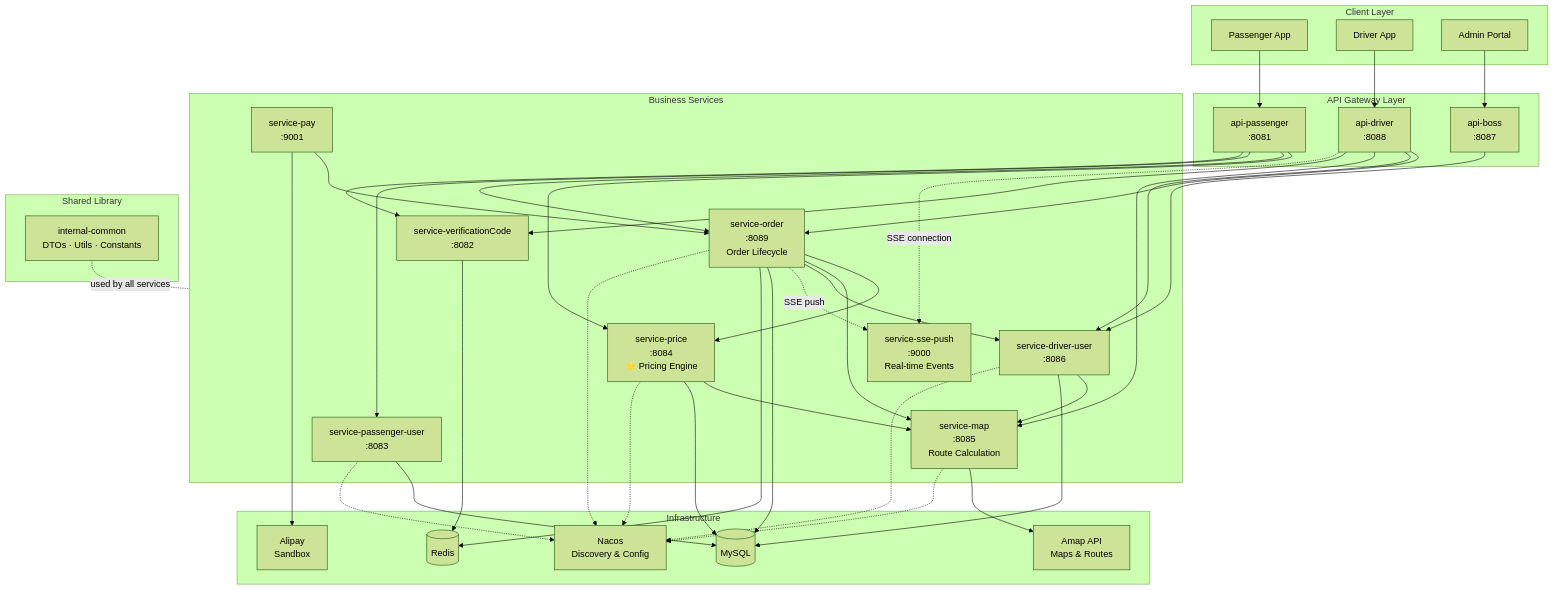
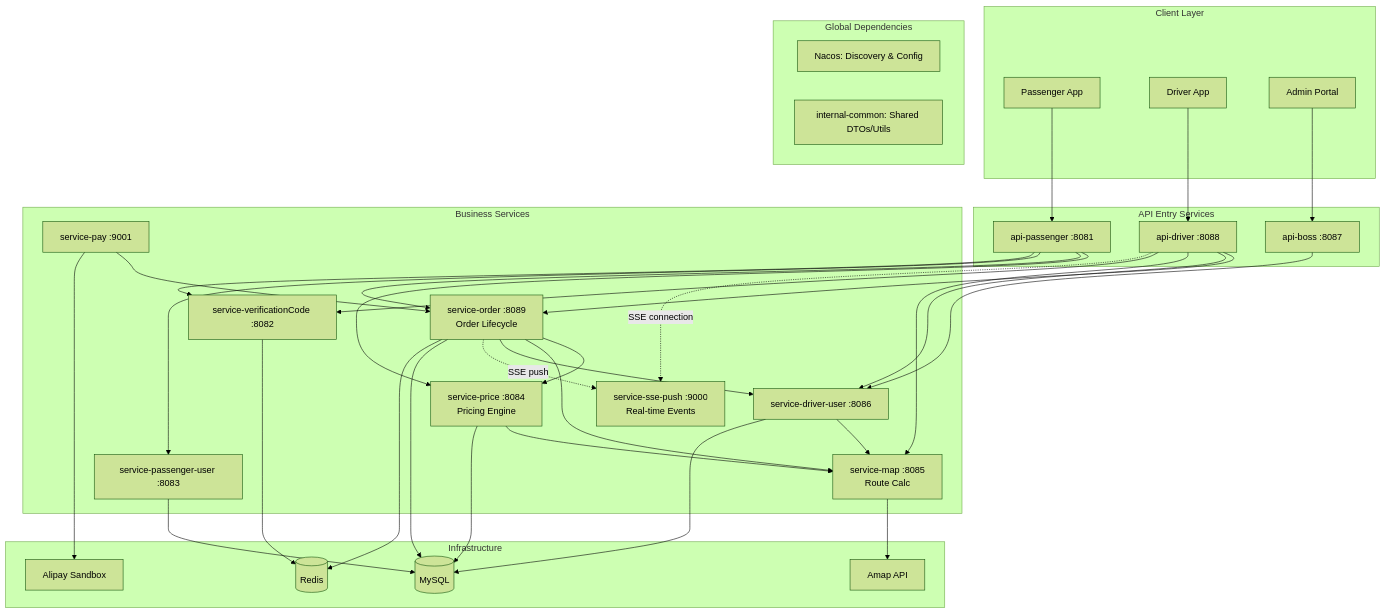
The diagram in README.md (Ninika369/Fly_Taxi), drawn with Mermaid (forest theme) before and after one commit.

Commit message:
docs: simplify architecture diagram for readability

````diff
--- a/README.md
+++ b/README.md
@@ -29,67 +29,76 @@
 ```mermaid
-graph TB
-    subgraph Client["Client Layer"]
+flowchart TB
+    subgraph Client Layer
         PA[Passenger App]
         DA[Driver App]
         AP[Admin Portal]
     end
-    subgraph Gateway["API Gateway Layer"]
-        API_P["api-passenger<br/>:8081"]
-        API_D["api-driver<br/>:8088"]
-        API_B["api-boss<br/>:8087"]
+
+    subgraph API Entry Services
+        API_P[api-passenger :8081]
+        API_D[api-driver :8088]
+        API_B[api-boss :8087]
     end
-    subgraph Services["Business Services"]
-        SP["service-price<br/>:8084<br/>⭐ Pricing Engine"]
-        SO["service-order<br/>:8089<br/>Order Lifecycle"]
-        SM["service-map<br/>:8085<br/>Route Calculation"]
-        SDU["service-driver-user<br/>:8086"]
-        SPU["service-passenger-user<br/>:8083"]
-        SVC["service-verificationCode<br/>:8082"]
-        SPAY["service-pay<br/>:9001"]
-        SSE["service-sse-push<br/>:9000<br/>Real-time Events"]
+
+    subgraph Business Services
+        SP[service-price :8084<br/> Pricing Engine]
+        SO[service-order :8089<br/>Order Lifecycle]
+        SM[service-map :8085<br/>Route Calc]
+        SDU[service-driver-user :8086]
+        SPU[service-passenger-user :8083]
+        SVC[service-verificationCode :8082]
+        SPAY[service-pay :9001]
+        SSE[service-sse-push :9000<br/>Real-time Events]
     end
-    subgraph Common["Shared Library"]
-        IC["internal-common<br/>DTOs · Utils · Constants"]
-    end
-    subgraph Infra["Infrastructure"]
+
+    subgraph Infrastructure
         MySQL[(MySQL)]
         Redis[(Redis)]
-        Nacos["Nacos<br/>Discovery & Config"]
-        Amap["Amap API<br/>Maps & Routes"]
-        Alipay["Alipay<br/>Sandbox"]
+        Amap[Amap API]
+        Alipay[Alipay Sandbox]
     end
+    
+    subgraph Global Dependencies
+        Nacos[Nacos: Discovery & Config]
+        IC[internal-common: Shared DTOs/Utils]
+    end
+
     PA --> API_P
     DA --> API_D
     AP --> API_B
+
     API_P --> SP
     API_P --> SO
     API_P --> SPU
     API_P --> SVC
+    
     API_D --> SO
     API_D --> SDU
     API_D --> SM
     API_D --> SVC
     API_D -.->|SSE connection| SSE
+
     API_B --> SDU
+
     SP --> SM
+    
     SO --> SP
     SO --> SM
     SO --> SDU
     SO -.->|SSE push| SSE
+    
     SDU --> SM
+    
     SPAY --> SO
     SPAY --> Alipay
+    
     SM --> Amap
+
     SP --> MySQL
     SO --> MySQL
     SDU --> MySQL
     SPU --> MySQL
+    
     SO --> Redis
     SVC --> Redis
-    IC -.-|used by all services| Services
-    SP -.-> Nacos
-    SO -.-> Nacos
-    SM -.-> Nacos
-    SDU -.-> Nacos
-    SPU -.-> Nacos
 ```
````
